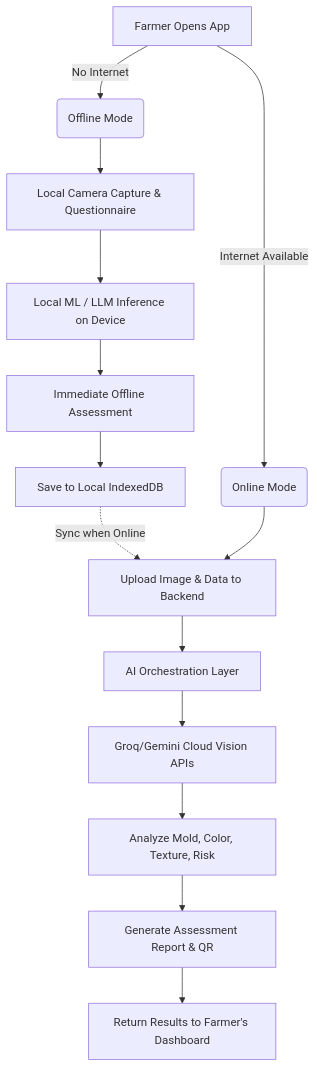
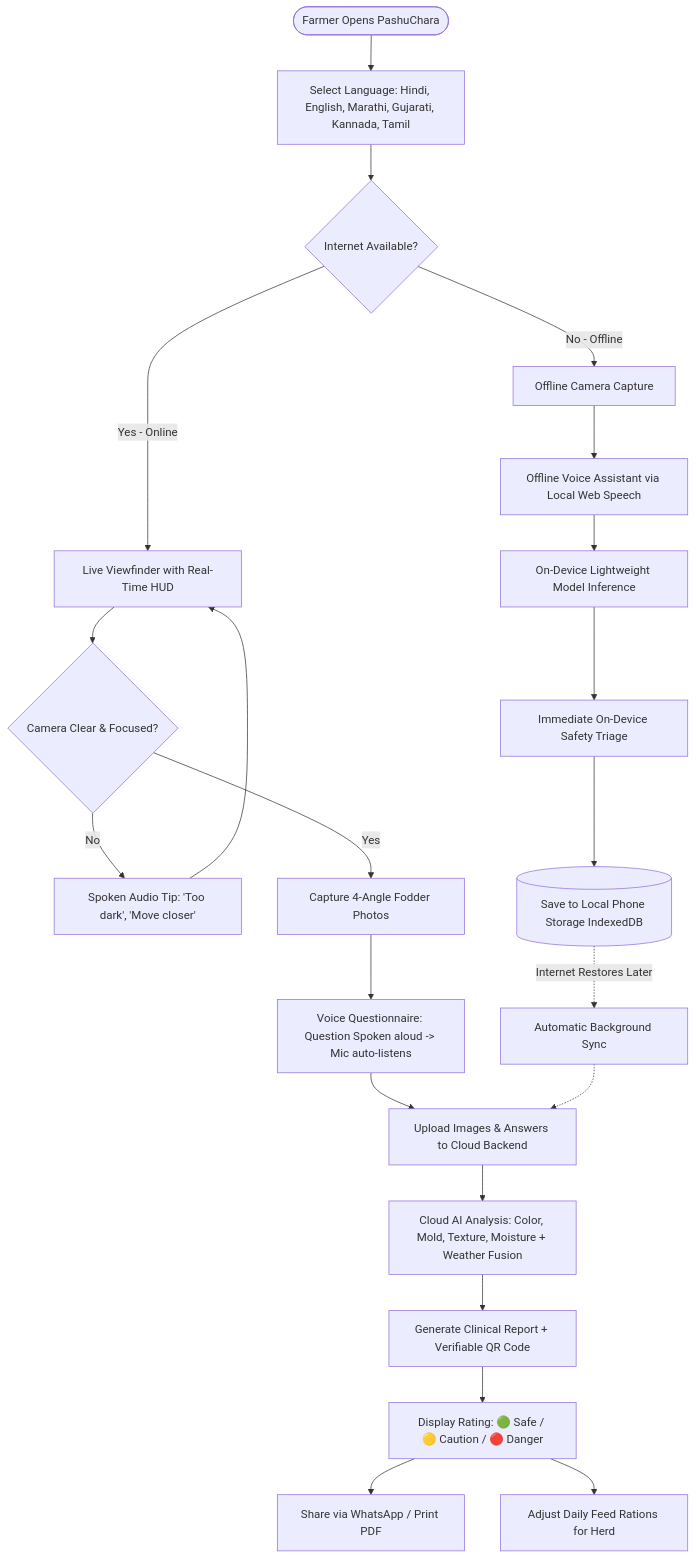
Before and after one commit to god-the-coder/SIH-PashuChara: the first of 2 diagrams in README.md, drawn with Mermaid. The commit also changed other lines of this file, not shown here.

Commit message:
docs: update README with SIH details, flow diagram, system architecture, and tech stack icons

````diff
--- a/README.md
+++ b/README.md
@@ -40,18 +103,30 @@
 ```mermaid
-graph TD
-    A[Farmer Opens App] -->|No Internet| B(Offline Mode)
-    A -->|Internet Available| C(Online Mode)
-    
-    B --> D[Local Camera Capture & Questionnaire]
-    D --> E[Local ML / LLM Inference on Device]
-    E --> F[Immediate Offline Assessment]
-    F --> G[Save to Local IndexedDB]
-    G -.->|Sync when Online| H
-    
-    C --> H[Upload Image & Data to Backend]
-    H --> I[AI Orchestration Layer]
-    I --> J[Groq/Gemini Cloud Vision APIs]
-    J --> K[Analyze Mold, Color, Texture, Risk]
-    K --> L[Generate Assessment Report & QR]
-    L --> M[Return Results to Farmer's Dashboard]
+flowchart TD
+    Start([Farmer Opens PashuChara]) --> Lang[Select Language: Hindi, English, Marathi, Gujarati, Kannada, Tamil]
+    Lang --> ConnCheck{Internet Available?}
+
+    %% ONLINE PATH
+    ConnCheck -->|Yes - Online| CameraHUD[Live Viewfinder with Real-Time HUD]
+    CameraHUD --> HUDCheck{Camera Clear & Focused?}
+    HUDCheck -->|No| VoiceWarning[Spoken Audio Tip: 'Too dark', 'Move closer']
+    VoiceWarning --> CameraHUD
+    HUDCheck -->|Yes| Capture[Capture 4-Angle Fodder Photos]
+    Capture --> VoiceQ[Voice Questionnaire: Question Spoken aloud -> Mic auto-listens]
+    VoiceQ --> Upload[Upload Images & Answers to Cloud Backend]
+    Upload --> CloudAI[Cloud AI Analysis: Color, Mold, Texture, Moisture + Weather Fusion]
+    CloudAI --> Report[Generate Clinical Report + Verifiable QR Code]
+    Report --> FinalResult[Display Rating: 🟢 Safe / 🟡 Caution / 🔴 Danger]
+
+    %% OFFLINE PATH
+    ConnCheck -->|No - Offline| OffCam[Offline Camera Capture]
+    OffCam --> OffVoice[Offline Voice Assistant via Local Web Speech]
+    OffVoice --> LocalInference[On-Device Lightweight Model Inference]
+    LocalInference --> LocalRating[Immediate On-Device Safety Triage]
+    LocalRating --> SaveLocal[(Save to Local Phone Storage IndexedDB)]
+    SaveLocal -.->|Internet Restores Later| AutoSync[Automatic Background Sync]
+    AutoSync -.-> Upload
+
+    %% ACTIONS
+    FinalResult --> Share[Share via WhatsApp / Print PDF]
+    FinalResult --> Rations[Adjust Daily Feed Rations for Herd]
 ```
````
